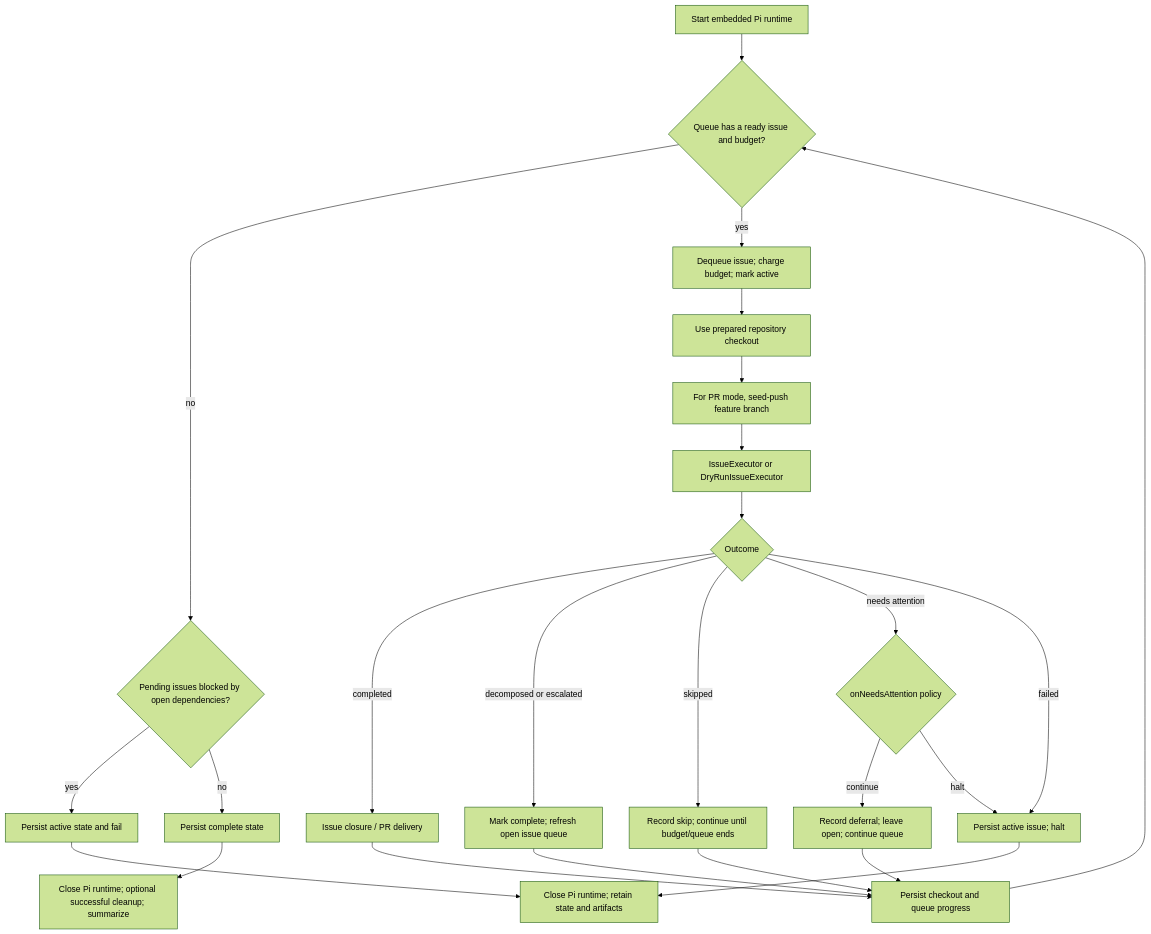
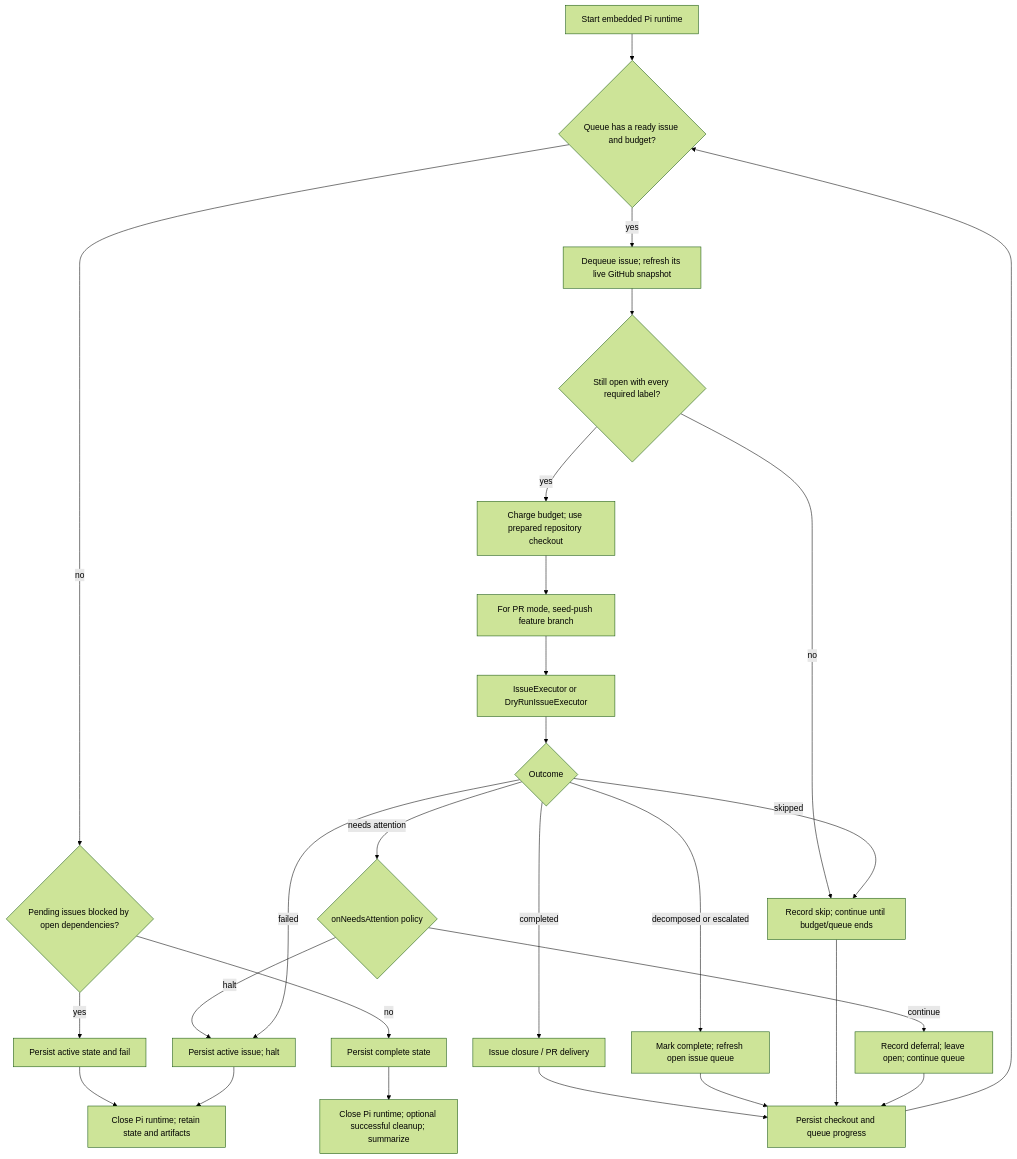
The second of 6 diagrams in docs/end-to-end-execution.md (beremaran/ralphie), drawn with Mermaid (forest theme) before and after one commit. The commit also changed other lines of this file and 18 other files, not shown here.

````diff
--- a/docs/end-to-end-execution.md
+++ b/docs/end-to-end-execution.md
@@ -118,27 +119,29 @@
 ```mermaid
 flowchart TD
     A["Start embedded Pi runtime"] --> B{"Queue has a ready issue and budget?"}
     B -->|no| C{"Pending issues blocked by open dependencies?"}
     C -->|yes| D["Persist active state and fail"]
     C -->|no| E["Persist complete state"]
-    B -->|yes| F["Dequeue issue; charge budget; mark active"]
-    F --> G["Use prepared repository checkout"]
+    B -->|yes| F["Dequeue issue; refresh its live GitHub snapshot"]
+    F --> T{"Still open with every required label?"}
+    T -->|no| M["Record durable skip; complete queue item"]
+    T -->|yes| G["Charge budget; use prepared repository checkout"]
     G --> H["For PR mode, seed-push feature branch"]
     H --> I["IssueExecutor or DryRunIssueExecutor"]
     I --> J{"Outcome"}
     J -->|completed| K["Issue closure / PR delivery"]
     J -->|decomposed or escalated| L["Mark complete; refresh open issue queue"]
     J -->|skipped| M["Record skip; continue until budget/queue ends"]
     J -->|needs attention| Q{"onNeedsAttention policy"}
     Q -->|continue| P["Record deferral; leave open; continue queue"]
     Q -->|halt| N["Persist active issue; handled stop"]
     J -->|failed| N["Persist active issue; halt"]
     K --> O["Persist checkout and queue progress"]
     L --> O
     M --> O
     P --> O
     O --> B
     E --> R["Close Pi runtime; optional successful cleanup; summarize"]
     D --> S["Close Pi runtime; retain state and artifacts"]
     N --> S
 ```
````
